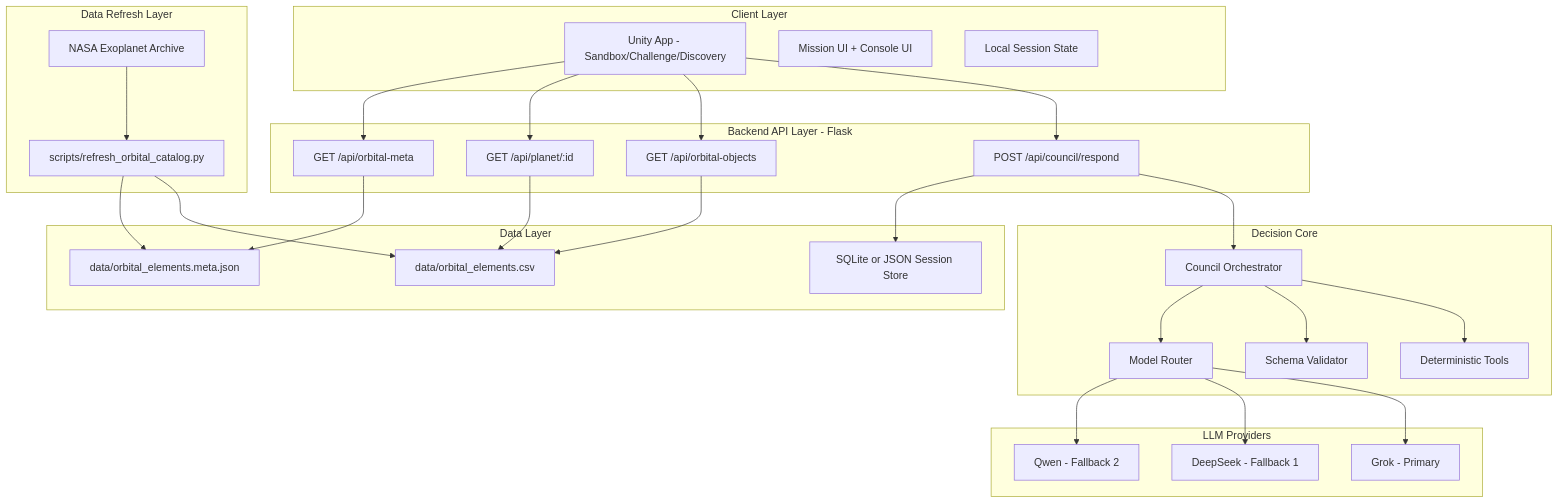
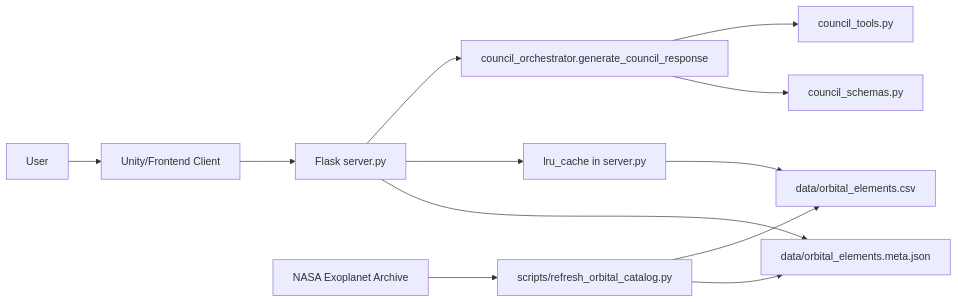
Before and after one commit to Procoderdata/hackathonvodich: the first of 2 diagrams in triet.md/TECH_FEASIBILITY_ARCHITECTURE.md, drawn with Mermaid. The commit also changed other lines of this file and 3 other files, not shown here.

Commit message:
Rewrite architecture doc with real modules, flows, and contracts

````diff
--- a/triet.md/TECH_FEASIBILITY_ARCHITECTURE.md
+++ b/triet.md/TECH_FEASIBILITY_ARCHITECTURE.md
@@ -9,62 +20,17 @@
 ```mermaid
-flowchart TB
-    subgraph CLIENT[Client Layer]
-      U1[Unity App - Sandbox/Challenge/Discovery]
-      U2[Mission UI + Console UI]
-      U3[Local Session State]
-    end
+flowchart LR
+    USER[User] --> UNITY[Unity/Frontend Client]
+    UNITY --> API[Flask server.py]
 
-    subgraph API[Backend API Layer - Flask]
-      A1[POST /api/council/respond]
-      A2[GET /api/orbital-objects]
-      A3[GET /api/planet/:id]
-      A4[GET /api/orbital-meta]
-    end
+    API --> ORCH[council_orchestrator.generate_council_response]
+    ORCH --> TOOLS[council_tools.py]
+    ORCH --> SCHEMA[council_schemas.py]
 
-    subgraph CORE[Decision Core]
-      C1[Council Orchestrator]
-      C2[Deterministic Tools]
-      C3[Schema Validator]
-      C4[Model Router]
-    end
+    API --> CACHE[lru_cache in server.py]
+    CACHE --> CSV[data/orbital_elements.csv]
+    API --> META[data/orbital_elements.meta.json]
 
-    subgraph MODEL[LLM Providers]
-      M1[Grok - Primary]
-      M2[DeepSeek - Fallback 1]
-      M3[Qwen - Fallback 2]
-    end
-
-    subgraph DATA[Data Layer]
-      D1[data/orbital_elements.csv]
-      D2[data/orbital_elements.meta.json]
-      D3[SQLite or JSON Session Store]
-    end
-
-    subgraph ETL[Data Refresh Layer]
-      E1[scripts/refresh_orbital_catalog.py]
-      E2[NASA Exoplanet Archive]
-    end
-
-    U1 --> A1
-    U1 --> A2
-    U1 --> A3
-    U1 --> A4
-
-    A1 --> C1
-    C1 --> C2
-    C1 --> C3
-    C1 --> C4
-
-    C4 --> M1
-    C4 --> M2
-    C4 --> M3
-
-    A2 --> D1
-    A3 --> D1
-    A4 --> D2
-    A1 --> D3
-
-    E2 --> E1
-    E1 --> D1
-    E1 --> D2
+    NASA[NASA Exoplanet Archive] --> REFRESH[scripts/refresh_orbital_catalog.py]
+    REFRESH --> CSV
+    REFRESH --> META
 ```
````
